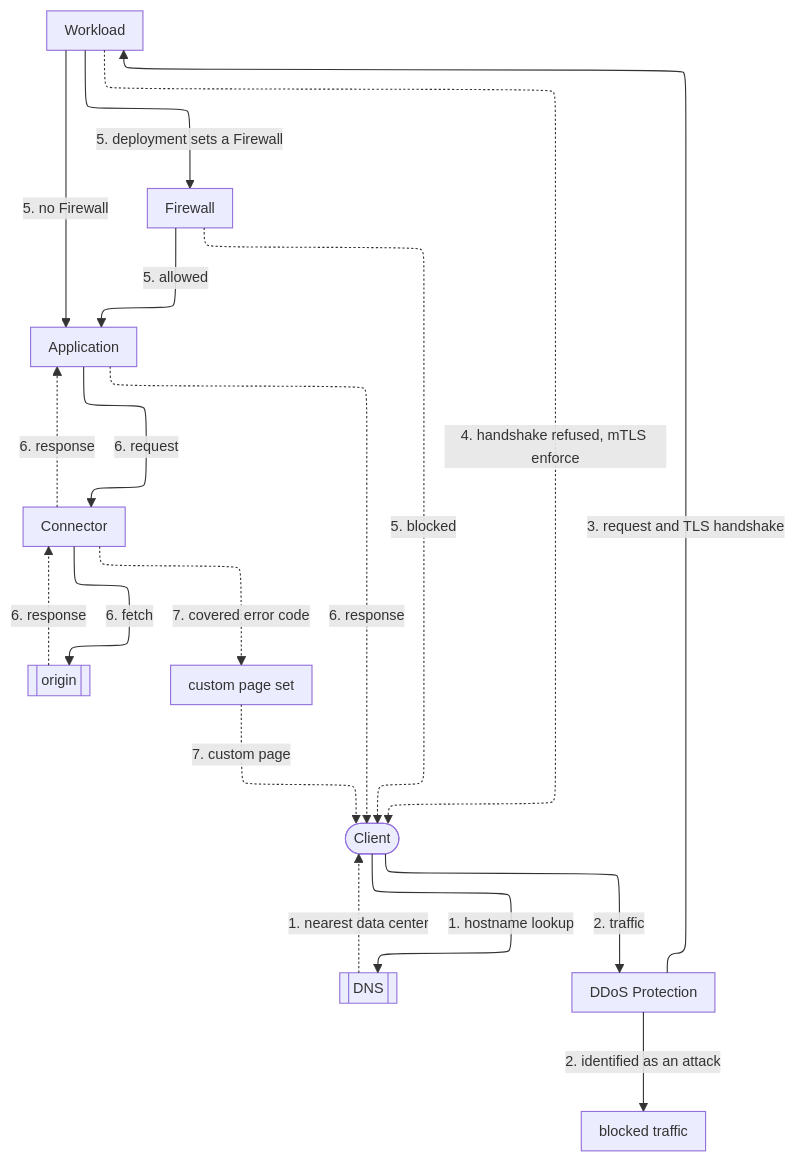
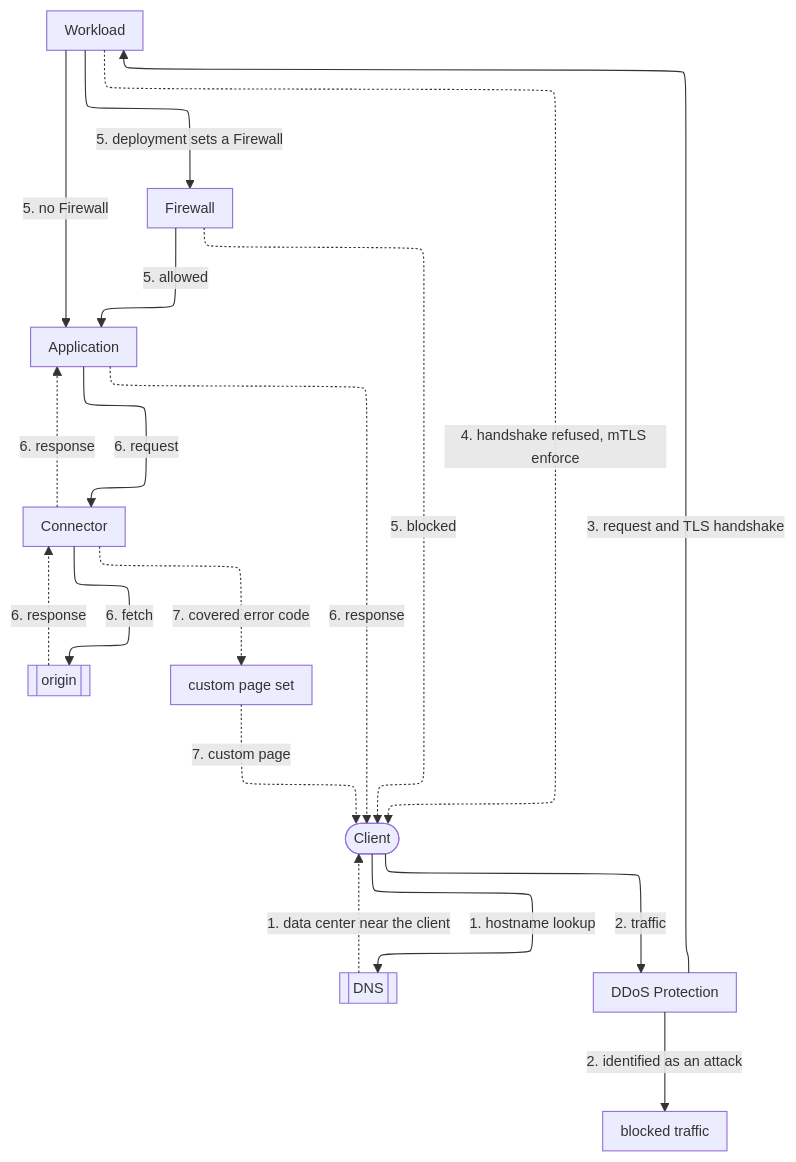
Before and after one commit to aziontech/docs: the first of 5 diagrams in apps/docs/src/content/docs/en/pages/secure/workloads/how-it-works.mdx, drawn with Mermaid. The commit also changed other lines of this file and 19 other files, not shown here.

````diff
--- a/apps/docs/src/content/docs/en/pages/secure/workloads/how-it-works.mdx
+++ b/apps/docs/src/content/docs/en/pages/secure/workloads/how-it-works.mdx
@@ -32,31 +32,31 @@
 ```mermaid
 %%{init: {"layout": "elk", "elk": {"preset": "modelOrder", "keepEntryNodeOnTop": true}, "themeVariables": {"fontSize": "13px"}, "flowchart": {"nodeSpacing": 24, "rankSpacing": 36, "padding": 8, "wrappingWidth": 150, "useMaxWidth": true}, "sequence": {"width": 120, "actorMargin": 30, "useMaxWidth": true}}}%%
 flowchart TD
   Client(["Client"])
   DNS[["DNS"]]
   DDoS["DDoS Protection"]
   Blocked["blocked traffic"]
   WL["Workload"]
   FW["Firewall"]
   App["Application"]
   Conn["Connector"]
   Origin[["origin"]]
   CP["custom page set"]
   Client -->|"1. hostname lookup"| DNS
-  DNS -.->|"1. nearest data center"| Client
+  DNS -.->|"1. data center near the client"| Client
   Client -->|"2. traffic"| DDoS
   DDoS -->|"2. identified as an attack"| Blocked
   DDoS -->|"3. request and TLS handshake"| WL
   WL -.->|"4. handshake refused, mTLS enforce"| Client
   WL -->|"5. deployment sets a Firewall"| FW
   WL -->|"5. no Firewall"| App
   FW -->|"5. allowed"| App
   FW -.->|"5. blocked"| Client
   App -->|"6. request"| Conn
   Conn -->|"6. fetch"| Origin
   Origin -.->|"6. response"| Conn
   Conn -.->|"6. response"| App
   App -.->|"6. response"| Client
   Conn -.->|"7. covered error code"| CP
   CP -.->|"7. custom page"| Client
 ```
````
